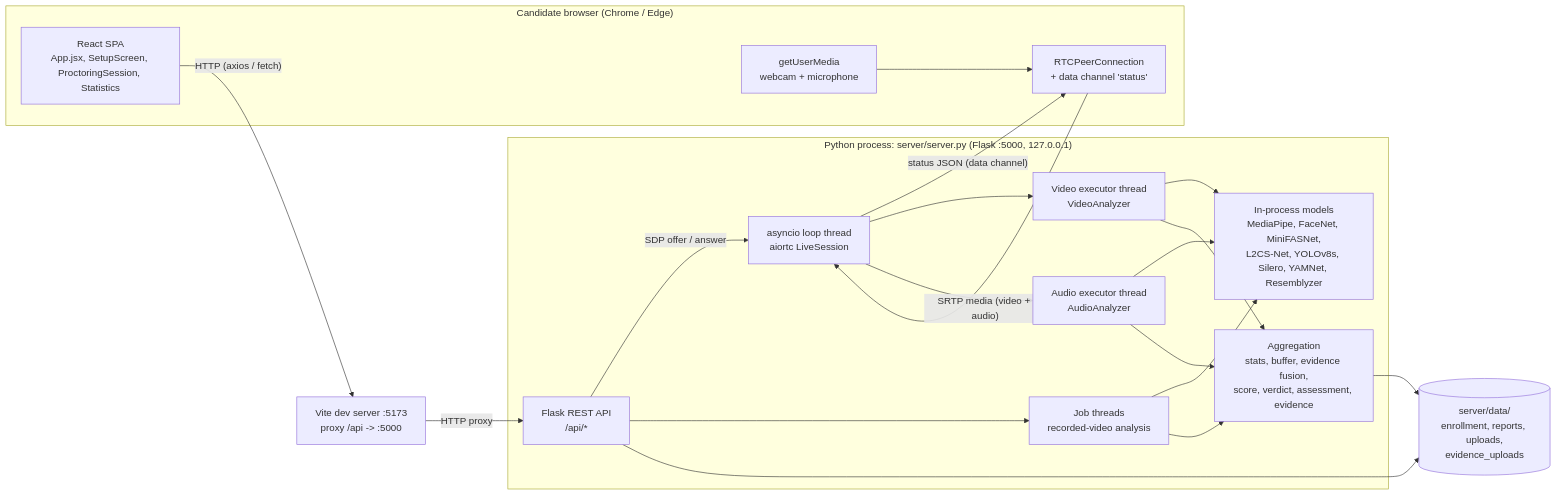
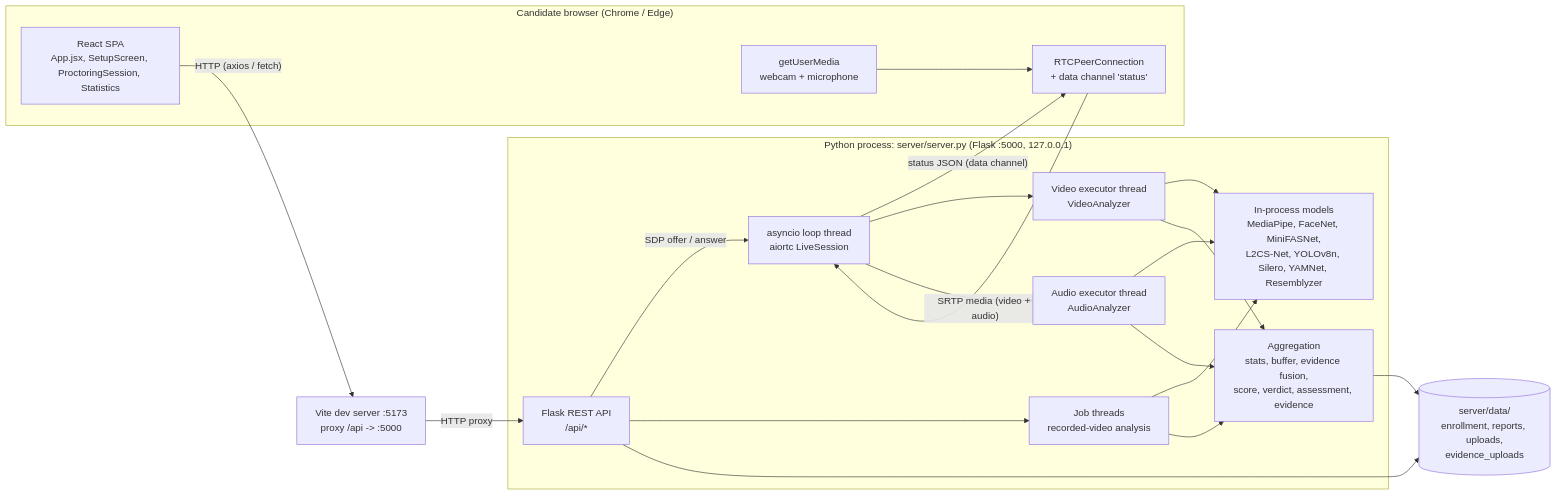
One commit to Cleancode16/major-project-online-proctoring changed the first of 8 diagrams in README.md. Above: the diagram before and after it, drawn with Mermaid. The commit also changed other lines of this file and 18 other files, not shown here.

````diff
--- a/README.md
+++ b/README.md
@@ -205,40 +205,40 @@
 ```mermaid
 flowchart LR
     subgraph Browser["Candidate browser (Chrome / Edge)"]
         UI["React SPA<br/>App.jsx, SetupScreen, ProctoringSession, Statistics"]
         MEDIA["getUserMedia<br/>webcam + microphone"]
         PC["RTCPeerConnection<br/>+ data channel 'status'"]
     end
 
     VITE["Vite dev server :5173<br/>proxy /api -> :5000"]
 
     subgraph Server["Python process: server/server.py (Flask :5000, 127.0.0.1)"]
         API["Flask REST API<br/>/api/*"]
         LOOP["asyncio loop thread<br/>aiortc LiveSession"]
         VEX["Video executor thread<br/>VideoAnalyzer"]
         AEX["Audio executor thread<br/>AudioAnalyzer"]
         JOB["Job threads<br/>recorded-video analysis"]
-        MODELS["In-process models<br/>MediaPipe, FaceNet, MiniFASNet,<br/>L2CS-Net, YOLOv8s, Silero, YAMNet, Resemblyzer"]
+        MODELS["In-process models<br/>MediaPipe, FaceNet, MiniFASNet,<br/>L2CS-Net, YOLOv8n, Silero, YAMNet, Resemblyzer"]
         AGG["Aggregation<br/>stats, buffer, evidence fusion,<br/>score, verdict, assessment, evidence"]
     end
 
     FS[("server/data/<br/>enrollment, reports, uploads,<br/>evidence_uploads")]
 
     UI -- "HTTP (axios / fetch)" --> VITE
     VITE -- "HTTP proxy" --> API
     MEDIA --> PC
     PC -- "SRTP media (video + audio)" --> LOOP
     LOOP -- "status JSON (data channel)" --> PC
     API -- "SDP offer / answer" --> LOOP
     LOOP --> VEX
     LOOP --> AEX
     API --> JOB
     VEX --> MODELS
     AEX --> MODELS
     JOB --> MODELS
     VEX --> AGG
     AEX --> AGG
     JOB --> AGG
     AGG --> FS
     API --> FS
 ```
````
